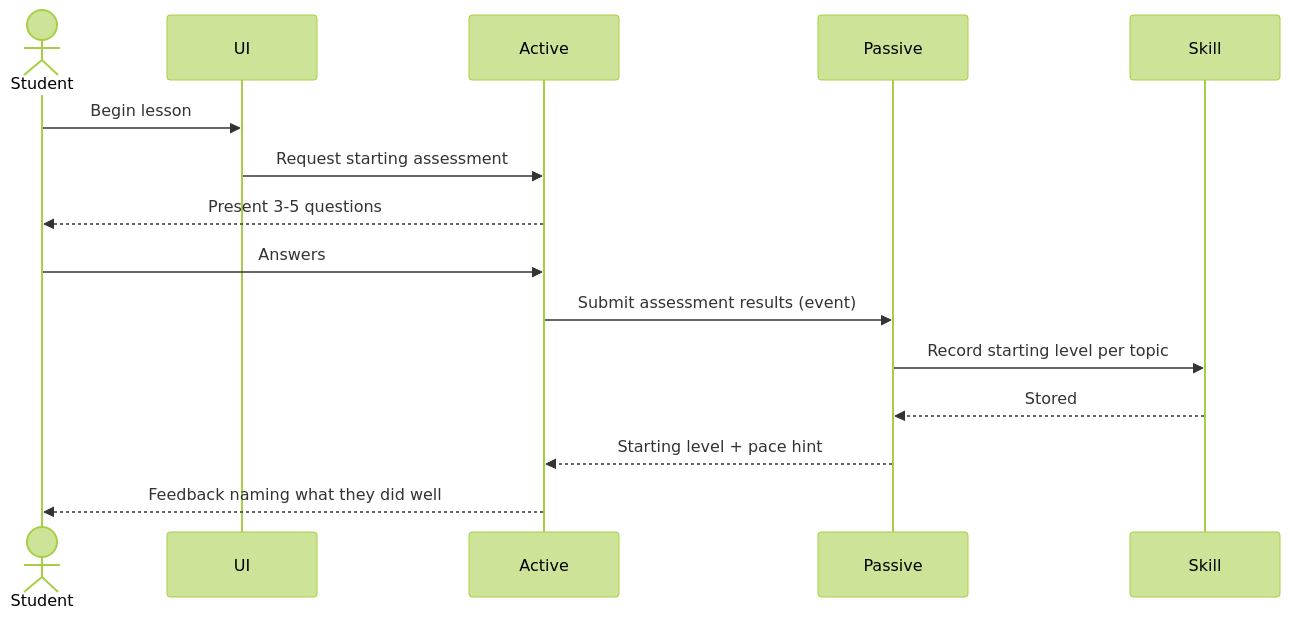
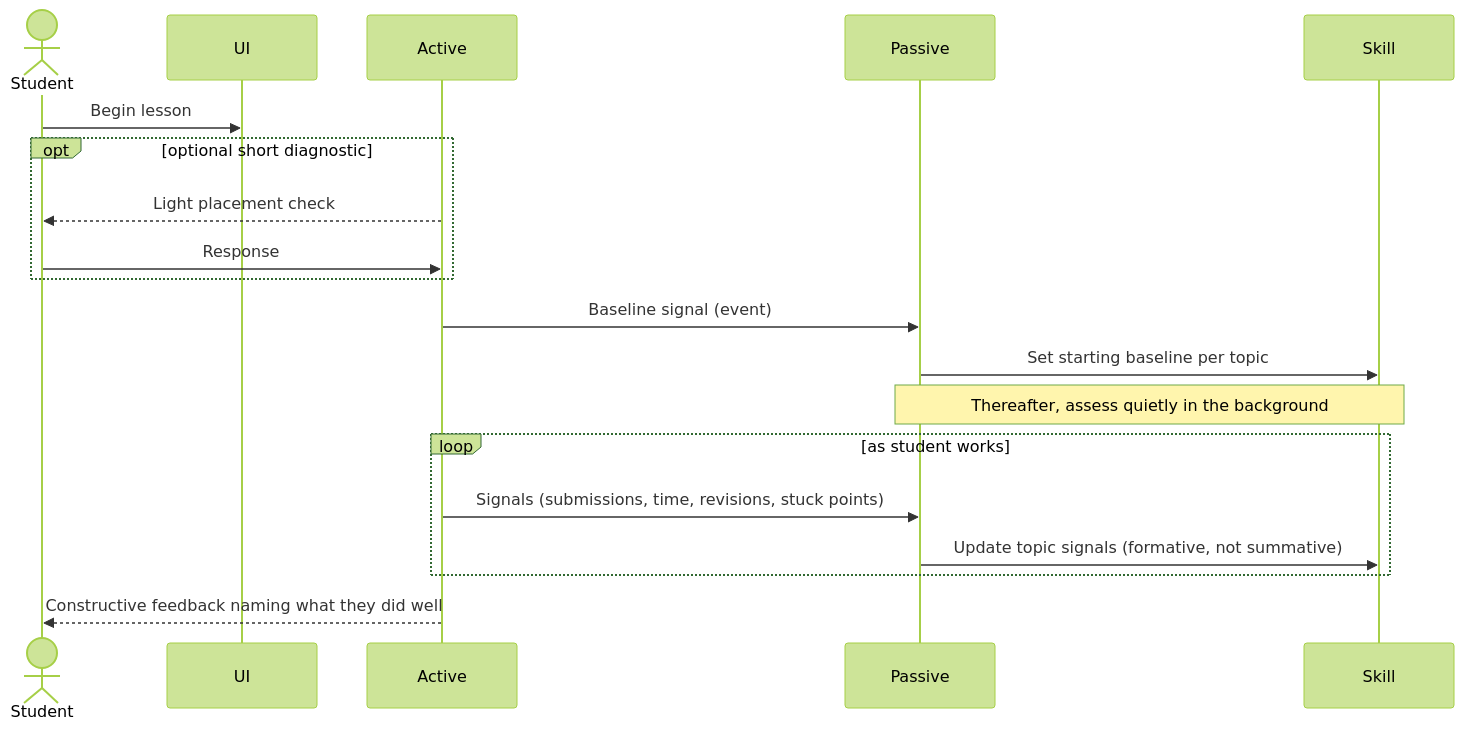
Before and after one commit to naren-chakraview/breaking-barriers-team-10-codai: the third of 18 diagrams in .kiro/specs/codeai-learning-platform/sequence-diagrams.md, drawn with Mermaid (forest theme). The commit also changed other lines of this file, not shown here.

Commit message:
Update sequence diagrams for safety, validation, fallback, approved routing, and reconciled reqs

````diff
--- a/.kiro/specs/codeai-learning-platform/sequence-diagrams.md
+++ b/.kiro/specs/codeai-learning-platform/sequence-diagrams.md
@@ -73,17 +79,21 @@
 ```mermaid
 sequenceDiagram
     actor Student
     participant UI
     participant Active
     participant Passive
     participant Skill
     Student->>UI: Begin lesson
-    UI->>Active: Request starting assessment
-    Active-->>Student: Present 3-5 questions
-    Student->>Active: Answers
-    Active->>Passive: Submit assessment results (event)
-    Passive->>Skill: Record starting level per topic
-    Skill-->>Passive: Stored
-    Passive-->>Active: Starting level + pace hint
-    Active-->>Student: Feedback naming what they did well
+    opt optional short diagnostic
+        Active-->>Student: Light placement check
+        Student->>Active: Response
+    end
+    Active->>Passive: Baseline signal (event)
+    Passive->>Skill: Set starting baseline per topic
+    Note over Passive,Skill: Thereafter, assess quietly in the background
+    loop as student works
+        Active->>Passive: Signals (submissions, time, revisions, stuck points)
+        Passive->>Skill: Update topic signals (formative, not summative)
+    end
+    Active-->>Student: Constructive feedback naming what they did well
 ```
````
